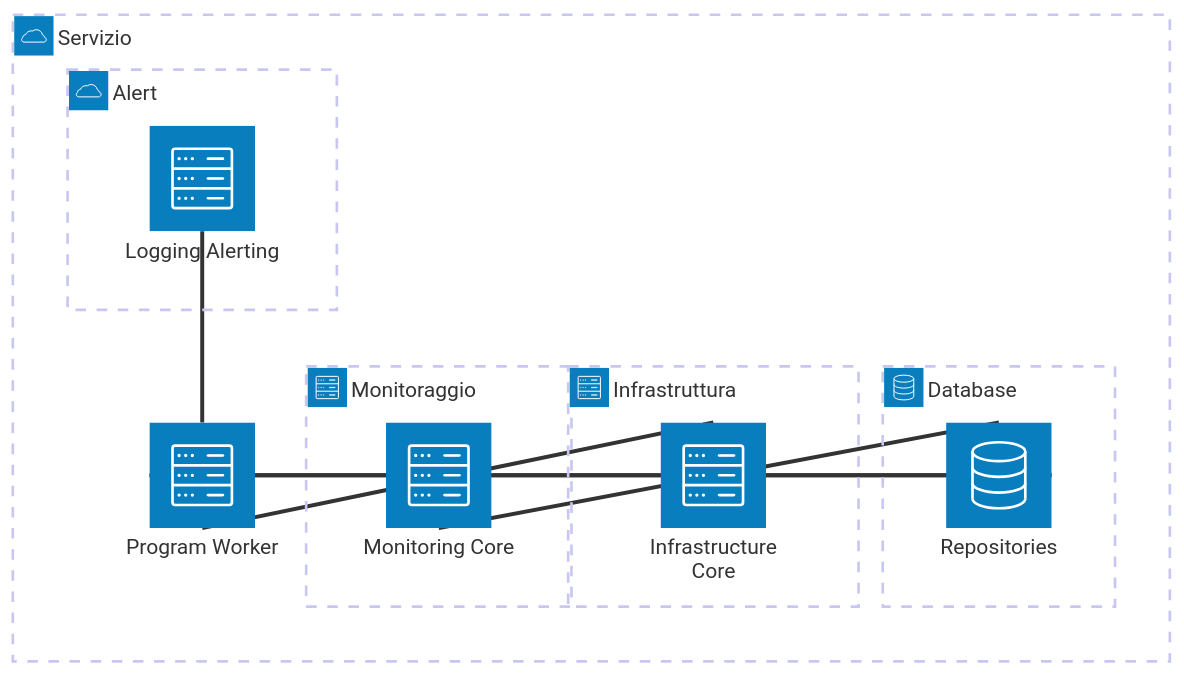
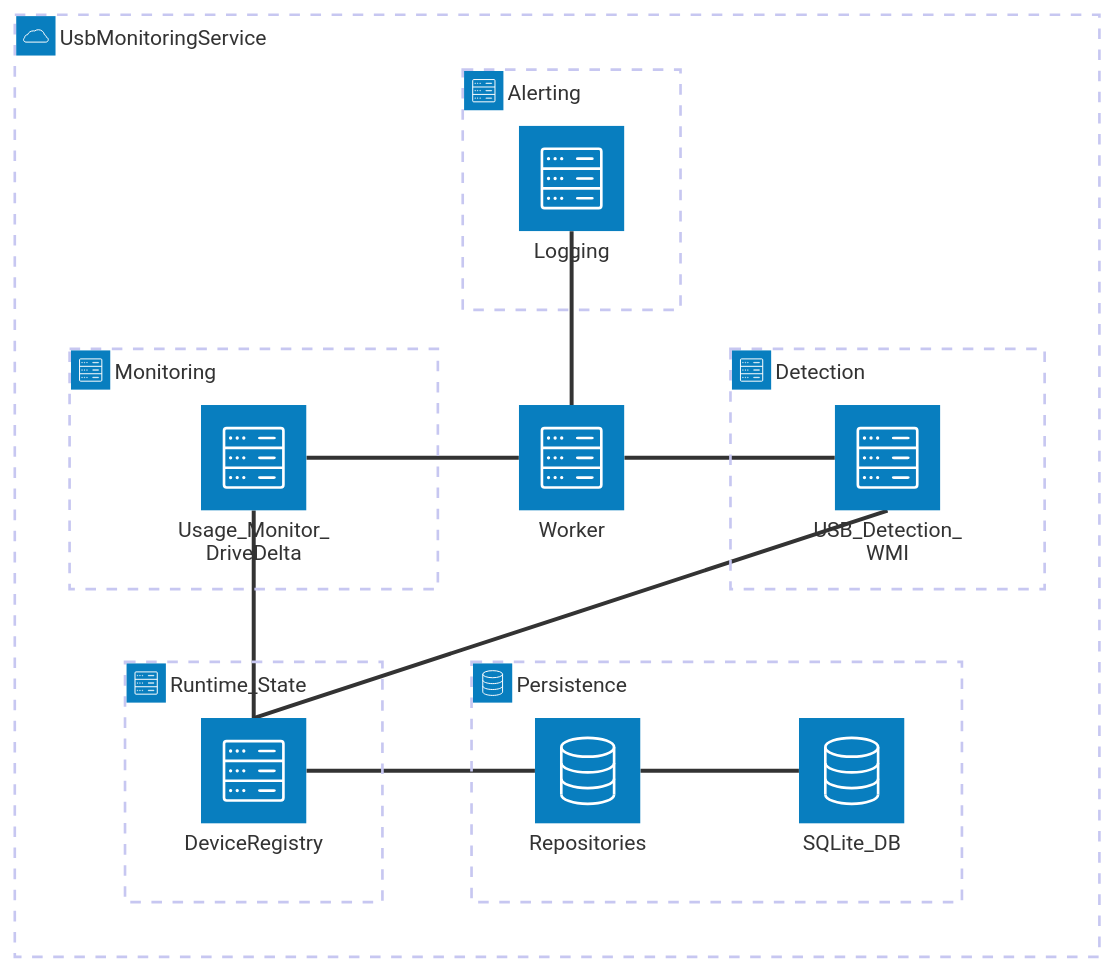
One commit to PiladeJr/UsbMonitoringService changed the first of 3 diagrams in README.md. Above: the diagram before and after it, drawn with Mermaid.

Commit message:
Revise architecture diagram and service details
Updated the architecture diagram and service descriptions in the README.

````diff
--- a/README.md
+++ b/README.md
@@ -44,26 +44,35 @@
 ```mermaid
 architecture-beta
-    group svc(cloud)[Servizio]
-    service worker(server)[Program Worker] in svc
 
-    group mon(server)[Monitoraggio] in svc
-    service monitor(server)[Monitoring Core] in mon
+    group svc(cloud)[UsbMonitoringService]
 
-    group infra(server)[Infrastruttura] in svc
-    service infrastructure(server)[Infrastructure Core] in infra
+    service worker(server)[Worker] in svc
 
-    group db(database)[Database] in svc
-    service repo(database)[Repositories] in db
+    group detection(server)[Detection] in svc
+    service usbDetection(server)[USB_Detection_WMI] in detection
 
-    group al(cloud)[Alert] in svc
-    service alert(server)[Logging Alerting] in al
+    group monitoring(server)[Monitoring] in svc
+    service usageMonitor(server)[Usage_Monitor_DriveDelta] in monitoring
 
-    worker:R -- L:monitor
-    worker:B -- T:infrastructure
-    worker:L -- R:repo
-    worker:T -- B:alert
+    group registry(server)[Runtime_State] in svc
+    service deviceRegistry(server)[DeviceRegistry] in registry
 
-    monitor:R -- L:infrastructure
-    monitor:B -- T:repo
-    infrastructure:R -- L:repo
+    group persistence(database)[Persistence] in svc
+    service repositories(database)[Repositories] in persistence
+    service database(database)[SQLite_DB] in persistence
+
+    group alert(server)[Alerting] in svc
+    service logging(server)[Logging] in alert
+
+
+    worker:R -- L:usbDetection
+    worker:L -- R:usageMonitor
+
+    usbDetection:B -- T:deviceRegistry
+    usageMonitor:B -- T:deviceRegistry
+
+    deviceRegistry:R -- L:repositories
+    repositories:R -- L:database
+
+    worker:T -- B:logging
 ```
````
